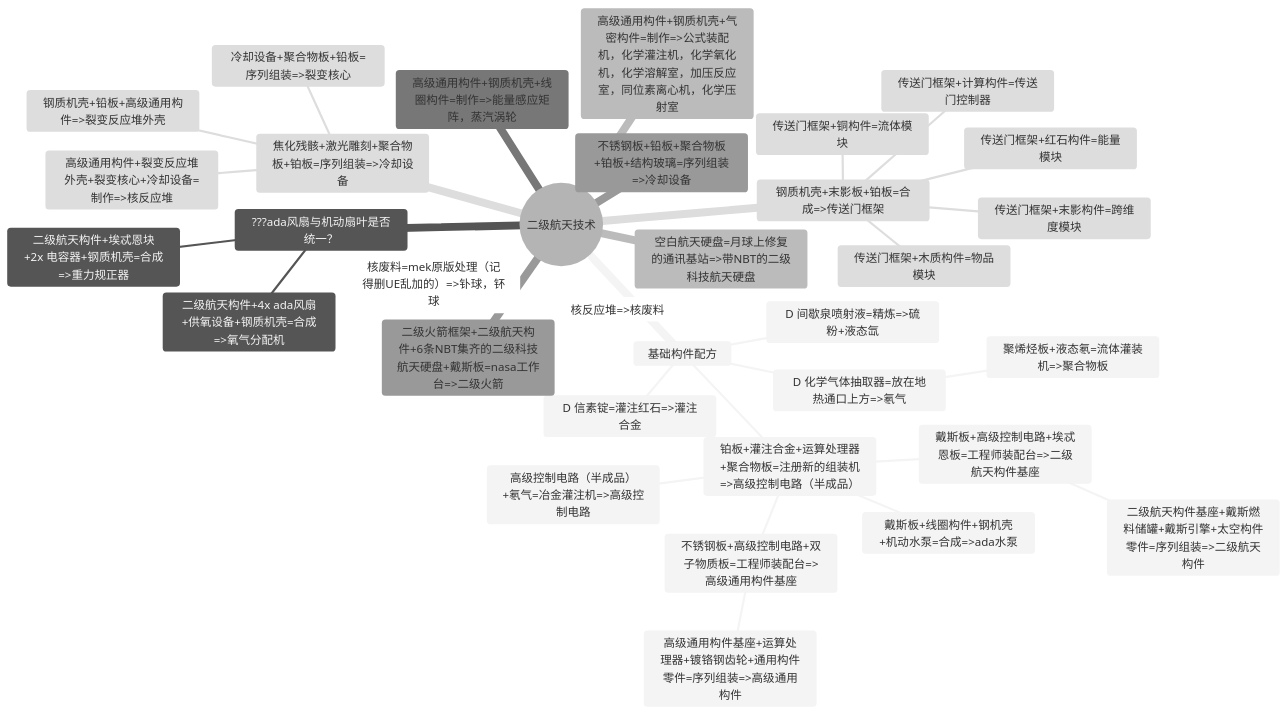
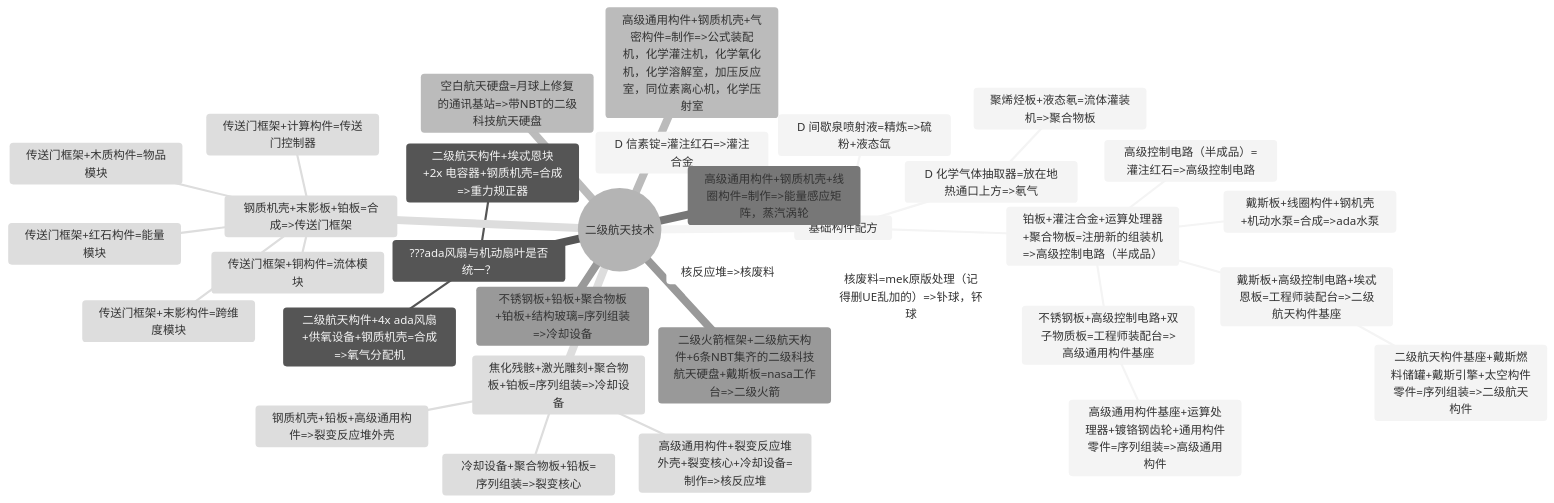
The second of 4 diagrams in Developer/TechTreeMap.md (VechniMetel/CodeNameCIM2), drawn with Mermaid (neutral theme) before and after one commit.

````diff
--- a/Developer/TechTreeMap.md
+++ b/Developer/TechTreeMap.md
@@ -45,36 +45,36 @@
 ``` mermaid
 mindmap
     root((二级航天技术))
         基础构件配方
             D 信素锭=灌注红石=>灌注合金
             D 间歇泉喷射液=精炼=>硫粉+液态氙
             D 化学气体抽取器=放在地热通口上方=>氡气
                 聚烯烃板+液态氡=流体灌装机=>聚合物板
             铂板+灌注合金+运算处理器+聚合物板=注册新的组装机=>高级控制电路（半成品）
-                高级控制电路（半成品）+氡气=冶金灌注机=>高级控制电路
+                高级控制电路（半成品）=灌注红石=>高级控制电路
                 戴斯板+高级控制电路+埃忒恩板=工程师装配台=>二级航天构件基座
                     二级航天构件基座+戴斯燃料储罐+戴斯引擎+太空构件零件=序列组装=>二级航天构件
                 不锈钢板+高级控制电路+双子物质板=工程师装配台=>高级通用构件基座
                     高级通用构件基座+运算处理器+镀铬钢齿轮+通用构件零件=序列组装=>高级通用构件
                 戴斯板+线圈构件+钢机壳+机动水泵=合成=>ada水泵
         ???ada风扇与机动扇叶是否统一？
             二级航天构件+4x ada风扇+供氧设备+钢质机壳=合成=>氧气分配机
             二级航天构件+埃忒恩块+2x 电容器+钢质机壳=合成=>重力规正器
         高级通用构件+钢质机壳+气密构件=制作=>公式装配机，化学灌注机，化学氧化机，化学溶解室，加压反应室，同位素离心机，化学压射室
         高级通用构件+钢质机壳+线圈构件=制作=>能量感应矩阵，蒸汽涡轮
         不锈钢板+铅板+聚合物板+铂板+结构玻璃=序列组装=>冷却设备
         焦化残骸+激光雕刻+聚合物板+铂板=序列组装=>冷却设备
             冷却设备+聚合物板+铅板=序列组装=>裂变核心
             钢质机壳+铅板+高级通用构件=>裂变反应堆外壳
             高级通用构件+裂变反应堆外壳+裂变核心+冷却设备=制作=>核反应堆
         核反应堆=>核废料
             核废料=mek原版处理（记得删UE乱加的）=>钋球，钚球
         钢质机壳+末影板+铂板=合成=>传送门框架
             传送门框架+计算构件=传送门控制器
             传送门框架+木质构件=物品模块
             传送门框架+铜构件=流体模块
             传送门框架+红石构件=能量模块
             传送门框架+末影构件=跨维度模块
         空白航天硬盘=月球上修复的通讯基站=>带NBT的二级科技航天硬盘
         二级火箭框架+二级航天构件+6条NBT集齐的二级科技航天硬盘+戴斯板=nasa工作台=>二级火箭
 ```
````
